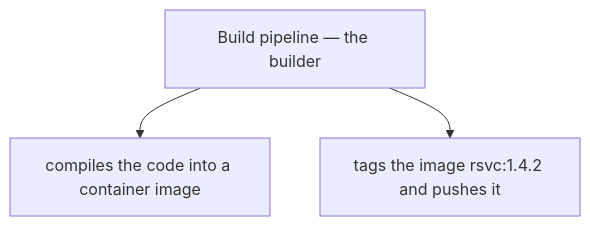
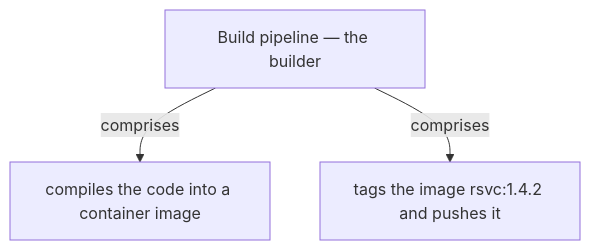
The fifth of 13 diagrams in docs/ch37-service-per-container.md (vinayakuber/microservices-io-study-guide), drawn with Mermaid before and after one commit. The commit also changed other lines of this file and 71 other files, not shown here.

First line of the commit message:
R18: label every diagram arrow with its meaning

````diff
--- a/docs/ch37-service-per-container.md
+++ b/docs/ch37-service-per-container.md
@@ -208,6 +208,6 @@
 ```mermaid
 flowchart TD
   R["Build pipeline — the builder"]
-  R --> P0["compiles the code into a container image"]
-  R --> P1["tags the image rsvc:1.4.2 and pushes it"]
+  R -->|"comprises"| P0["compiles the code into a container image"]
+  R -->|"comprises"| P1["tags the image rsvc:1.4.2 and pushes it"]
 ```
````
